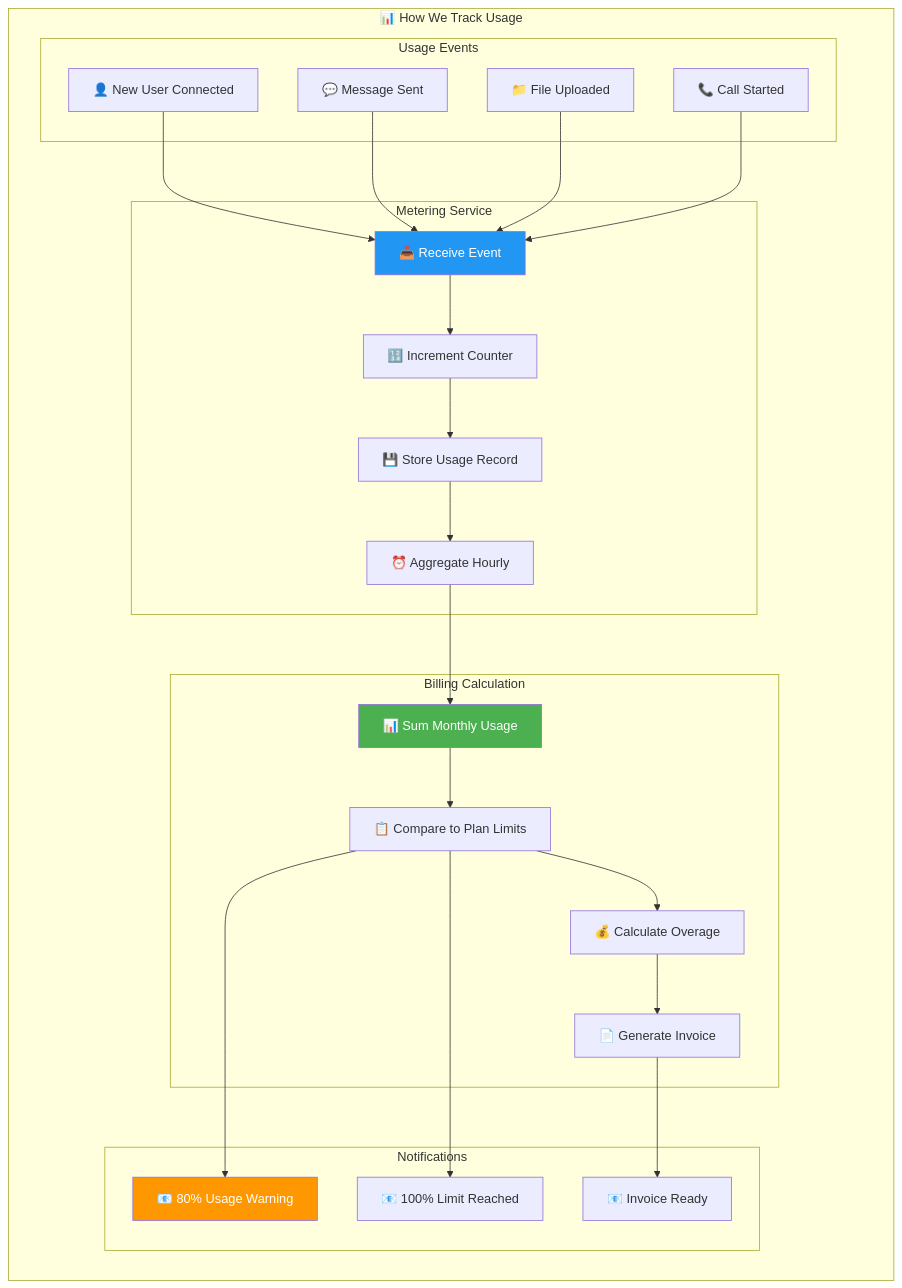
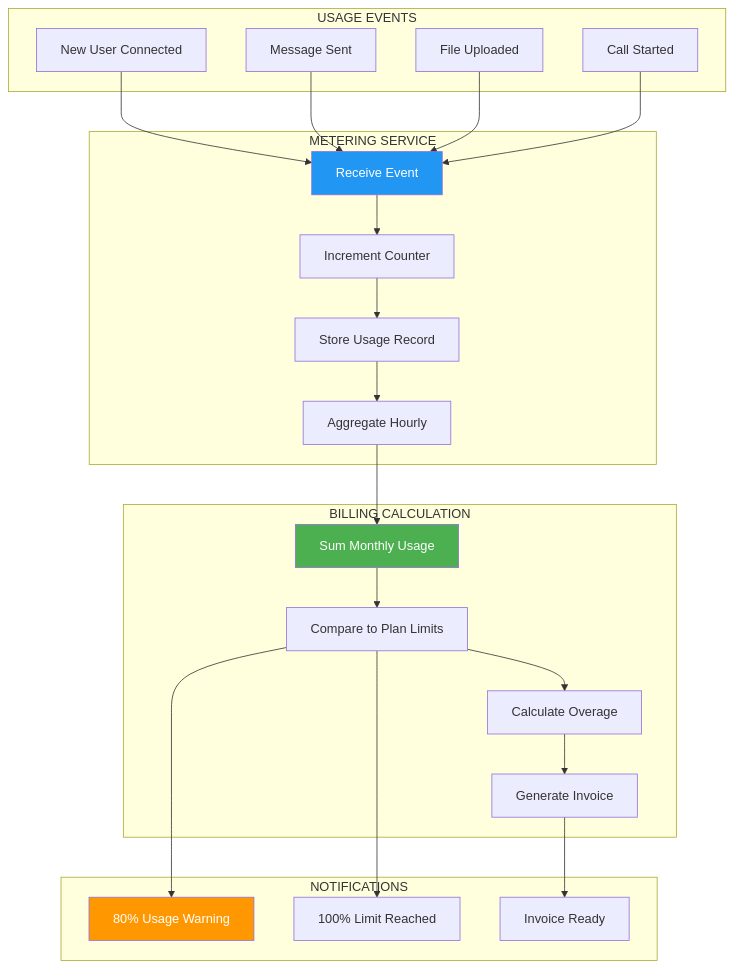
One commit to AtharvaBansod/CAAS changed diagram 32 of 40 in docs/COMPLETE_PLATFORM_VISUAL_GUIDE.md. Above: the diagram before and after it, drawn with Mermaid. The commit also changed other lines of this file, not shown here.

````diff
--- a/docs/COMPLETE_PLATFORM_VISUAL_GUIDE.md
+++ b/docs/COMPLETE_PLATFORM_VISUAL_GUIDE.md
@@ -1289,43 +1325,39 @@
 ```mermaid
 flowchart TB
-    subgraph "📊 How We Track Usage"
-        direction TB
-        
-        subgraph "Usage Events"
-            E1[👤 New User Connected]
-            E2[💬 Message Sent]
-            E3[📁 File Uploaded]
-            E4[📞 Call Started]
-        end
-        
-        subgraph "Metering Service"
-            M1[📥 Receive Event]
-            M2[🔢 Increment Counter]
-            M3[💾 Store Usage Record]
-            M4[⏰ Aggregate Hourly]
-        end
-        
-        subgraph "Billing Calculation"
-            B1[📊 Sum Monthly Usage]
-            B2[📋 Compare to Plan Limits]
-            B3[💰 Calculate Overage]
-            B4[📄 Generate Invoice]
-        end
-        
-        subgraph "Notifications"
-            N1[📧 80% Usage Warning]
-            N2[📧 100% Limit Reached]
-            N3[📧 Invoice Ready]
-        end
+    subgraph UsageEvents["USAGE EVENTS"]
+        E1["New User Connected"]
+        E2["Message Sent"]
+        E3["File Uploaded"]
+        E4["Call Started"]
+    end
+    
+    subgraph MeteringService["METERING SERVICE"]
+        M1["Receive Event"]
+        M2["Increment Counter"]
+        M3["Store Usage Record"]
+        M4["Aggregate Hourly"]
+    end
+    
+    subgraph BillingCalc["BILLING CALCULATION"]
+        B1["Sum Monthly Usage"]
+        B2["Compare to Plan Limits"]
+        B3["Calculate Overage"]
+        B4["Generate Invoice"]
+    end
+    
+    subgraph Notifications["NOTIFICATIONS"]
+        N1["80% Usage Warning"]
+        N2["100% Limit Reached"]
+        N3["Invoice Ready"]
     end
     
     E1 & E2 & E3 & E4 --> M1
     M1 --> M2 --> M3 --> M4
     M4 --> B1 --> B2 --> B3 --> B4
     B2 --> N1 & N2
     B4 --> N3
     
     style M1 fill:#2196F3,color:#fff
     style B1 fill:#4CAF50,color:#fff
     style N1 fill:#FF9800,color:#fff
 ```
````
